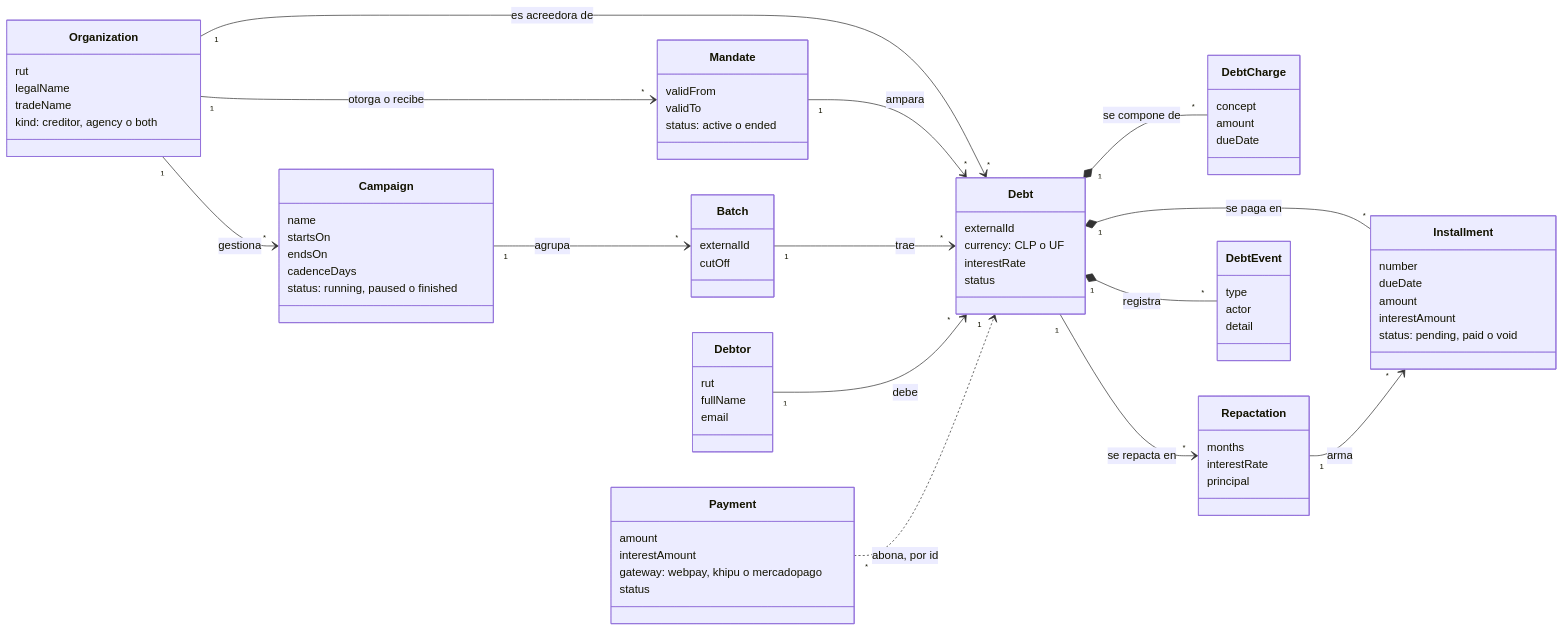
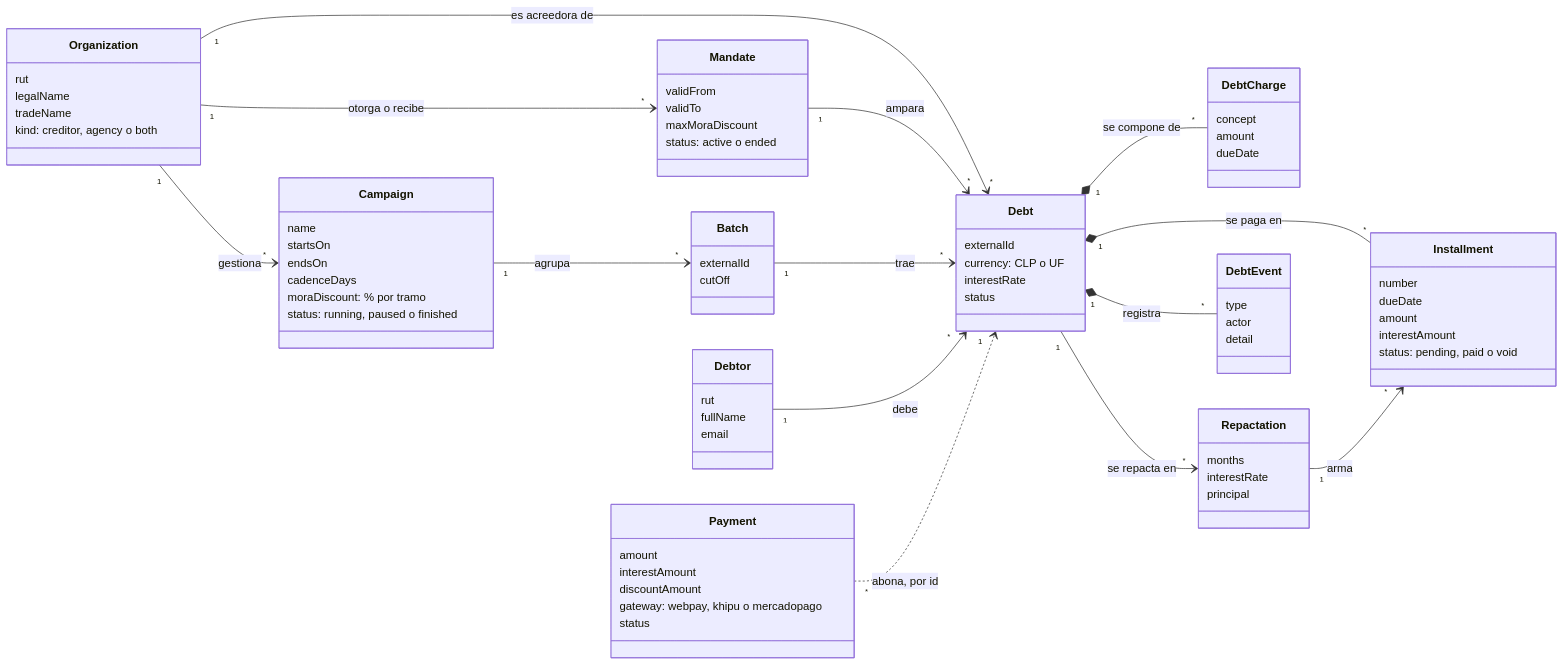
The sixth of 15 diagrams in README.md (TechnicalBridge/TB_web), drawn with Mermaid before and after one commit. The commit also changed other lines of this file, not shown here.

````diff
--- a/README.md
+++ b/README.md
@@ -923,79 +923,82 @@
 ```mermaid
 classDiagram
     direction LR
     class Organization {
         rut
         legalName
         tradeName
         kind: creditor, agency o both
     }
     class Mandate {
         validFrom
         validTo
+        maxMoraDiscount
         status: active o ended
     }
     class Campaign {
         name
         startsOn
         endsOn
         cadenceDays
+        moraDiscount: % por tramo
         status: running, paused o finished
     }
     class Batch {
         externalId
         cutOff
     }
     class Debtor {
         rut
         fullName
         email
     }
     class Debt {
         externalId
         currency: CLP o UF
         interestRate
         status
     }
     class DebtCharge {
         concept
         amount
         dueDate
     }
     class Repactation {
         months
         interestRate
         principal
     }
     class Installment {
         number
         dueDate
         amount
         interestAmount
         status: pending, paid o void
     }
     class DebtEvent {
         type
         actor
         detail
     }
     class Payment {
         amount
         interestAmount
+        discountAmount
         gateway: webpay, khipu o mercadopago
         status
     }
 
     Organization "1" --> "*" Mandate : otorga o recibe
     Organization "1" --> "*" Campaign : gestiona
     Organization "1" --> "*" Debt : es acreedora de
     Mandate "1" --> "*" Debt : ampara
     Campaign "1" --> "*" Batch : agrupa
     Batch "1" --> "*" Debt : trae
     Debtor "1" --> "*" Debt : debe
     Debt "1" *-- "*" DebtCharge : se compone de
     Debt "1" *-- "*" Installment : se paga en
     Debt "1" --> "*" Repactation : se repacta en
     Repactation "1" --> "*" Installment : arma
     Debt "1" *-- "*" DebtEvent : registra
     Payment "*" ..> "1" Debt : abona, por id
 ```
````
